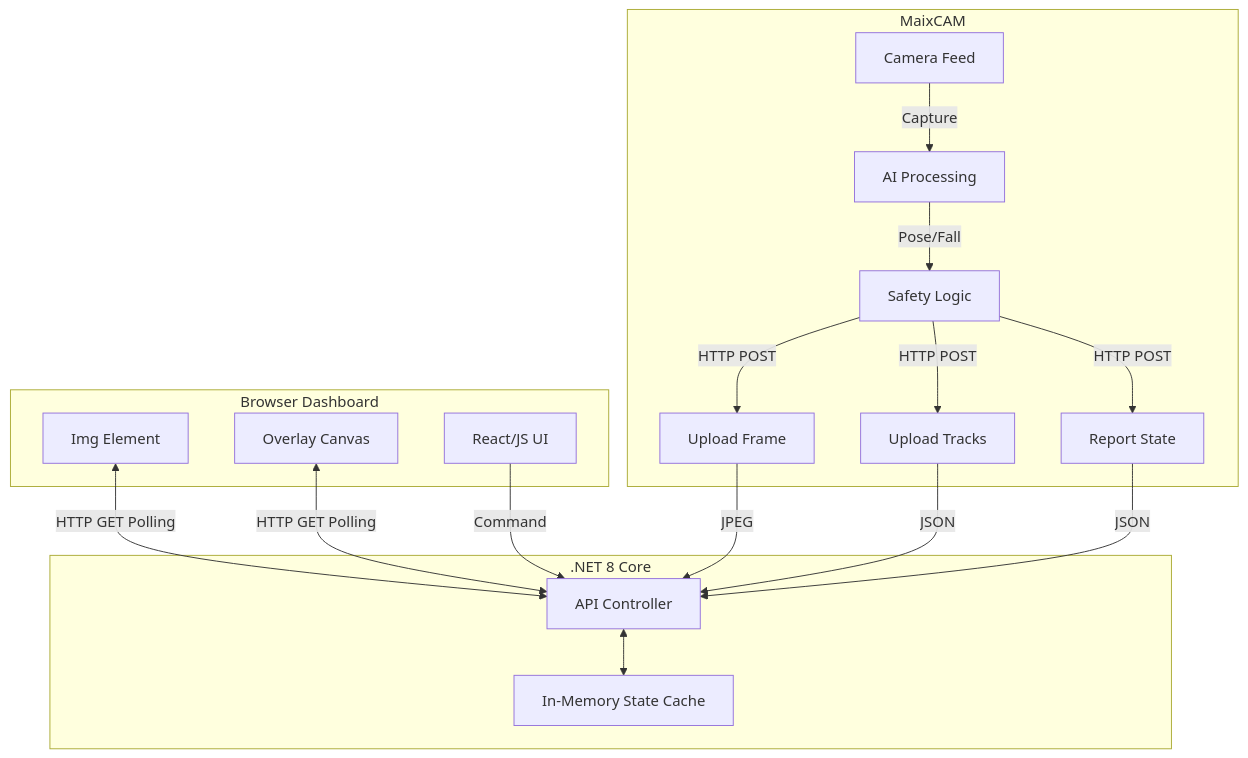
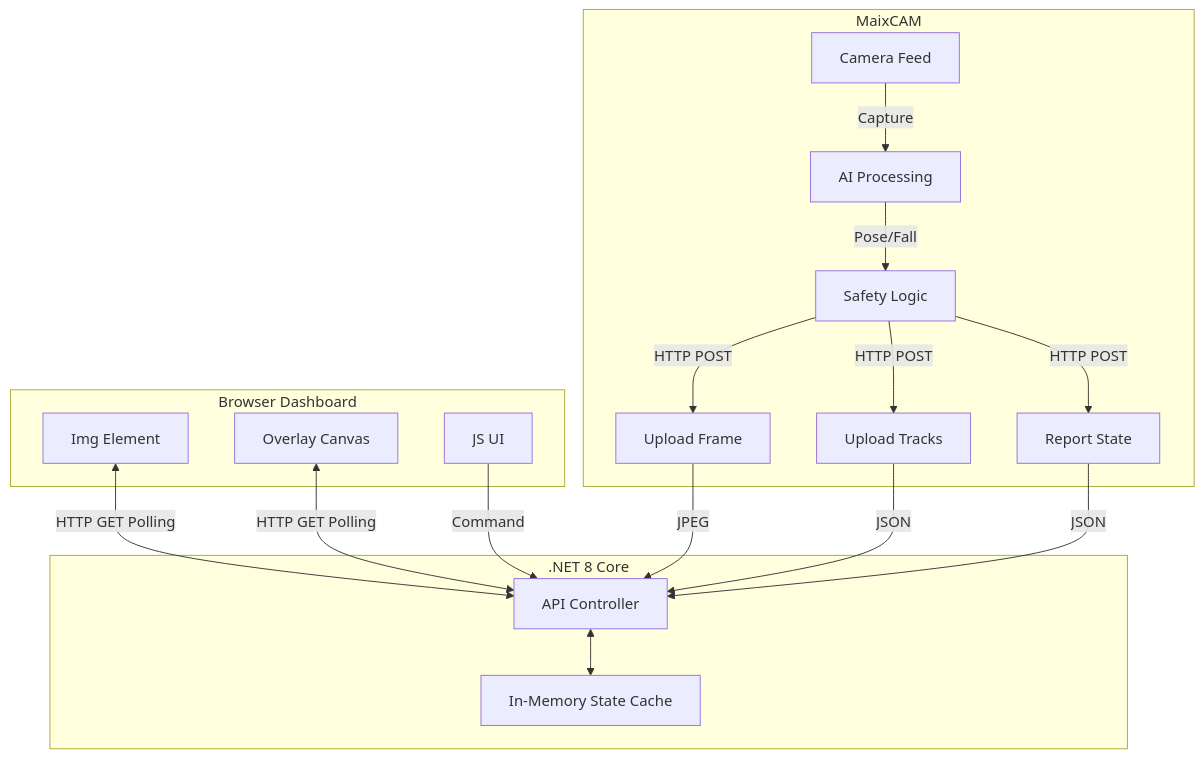
Before and after one commit to yudhisthereal/fall-detection-streaming: the diagram in README.md, drawn with Mermaid. The commit also changed other lines of this file, not shown here.

````diff
--- a/README.md
+++ b/README.md
@@ -13,26 +18,26 @@
 ```mermaid
 graph TD
     subgraph Edge Device [MaixCAM]
         Cam[Camera Feed] -->|Capture| Process[AI Processing]
         Process -->|Pose/Fall| Logic[Safety Logic]
         Logic -->|HTTP POST| UploadFrame[Upload Frame]
         Logic -->|HTTP POST| UploadTracks[Upload Tracks]
         Logic -->|HTTP POST| ReportState[Report State]
     end
 
     subgraph Server [.NET 8 Core]
         API[API Controller]
         MemCache[In-Memory State Cache]
         API <--> MemCache
     end
 
     subgraph Client [Browser Dashboard]
         Video[Img Element] <--HTTP GET Polling--> API
         Canvas[Overlay Canvas] <--HTTP GET Polling--> API
-        Controls[React/JS UI] -->|Command| API
+        Controls[JS UI] -->|Command| API
     end
 
     UploadFrame -->|JPEG| API
     UploadTracks -->|JSON| API
     ReportState -->|JSON| API
 ```
````
